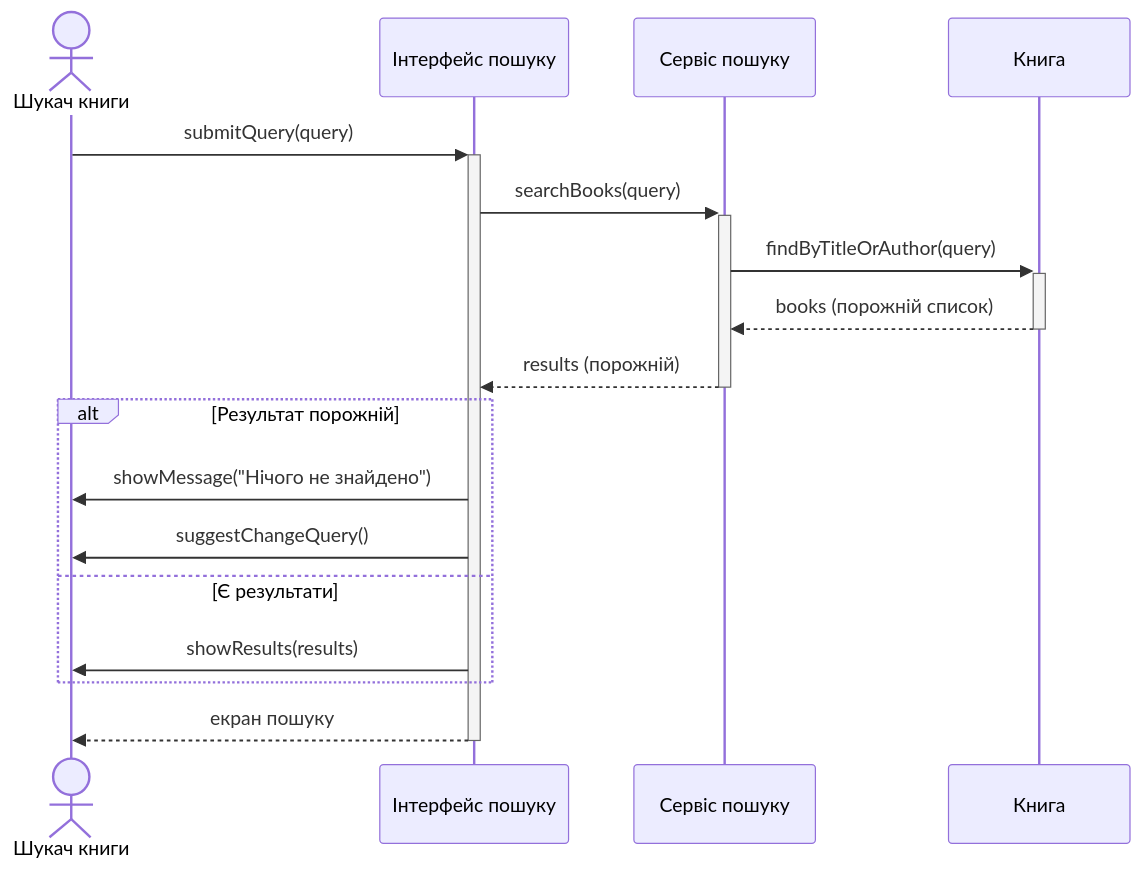
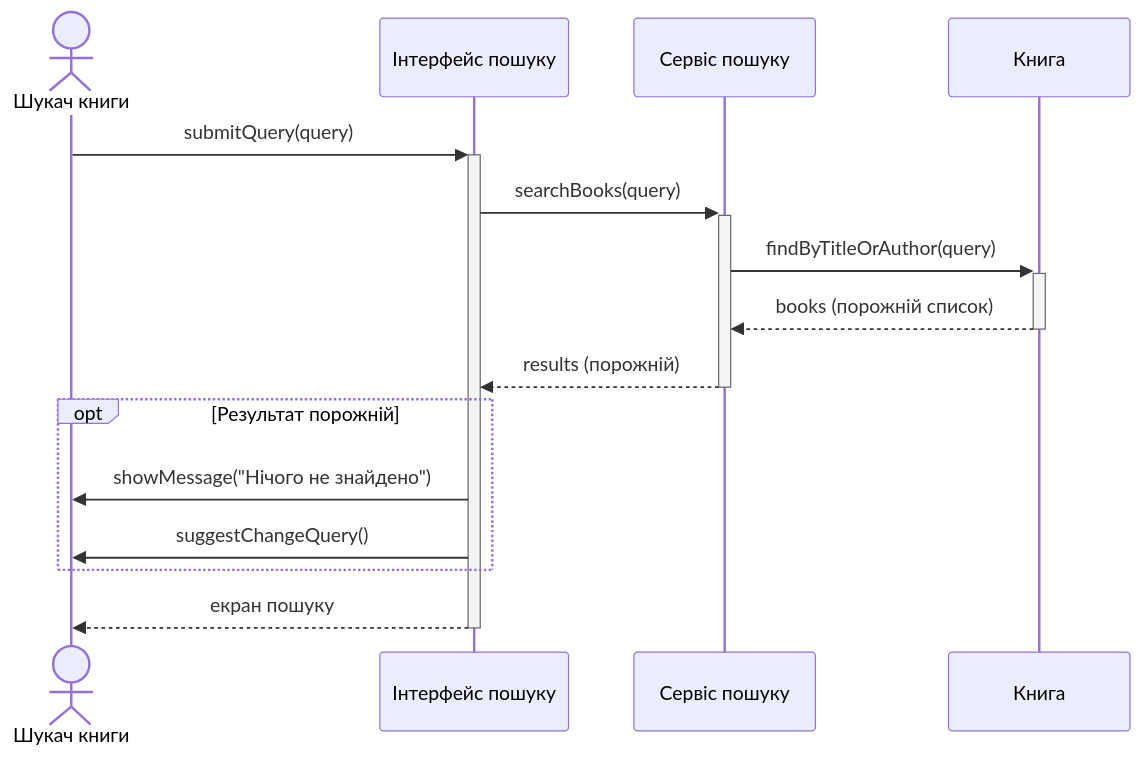
Before and after one commit to QkiS-00/se-requirements: the diagram in lab3/docs/seq-s3.md, drawn with Mermaid. The commit also changed other lines of this file and 1 other file, not shown here.

Commit message:
Спростив S3: лишив власну поведінку (opt) без дубля гілки зі S1

````diff
--- a/lab3/docs/seq-s3.md
+++ b/lab3/docs/seq-s3.md
@@ -3,20 +3,18 @@
 ```mermaid
 sequenceDiagram
     actor U as Шукач книги
     participant UI as Інтерфейс пошуку
     participant SS as Сервіс пошуку
     participant K as Книга
 
     U->>+UI: submitQuery(query)
     UI->>+SS: searchBooks(query)
     SS->>+K: findByTitleOrAuthor(query)
     K-->>-SS: books (порожній список)
     SS-->>-UI: results (порожній)
-    alt Результат порожній
+    opt Результат порожній
         UI->>U: showMessage("Нічого не знайдено")
         UI->>U: suggestChangeQuery()
-    else Є результати
-        UI->>U: showResults(results)
     end
     UI-->>-U: екран пошуку
 ```
````
